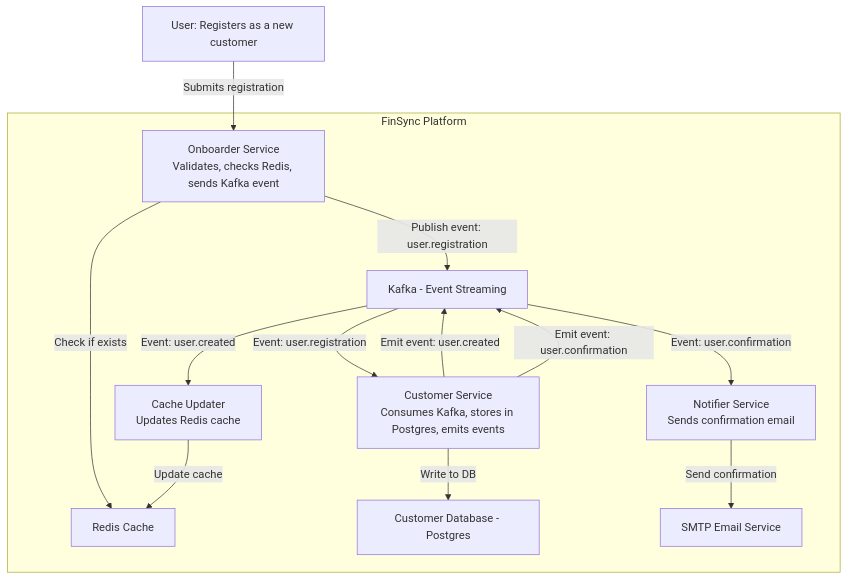
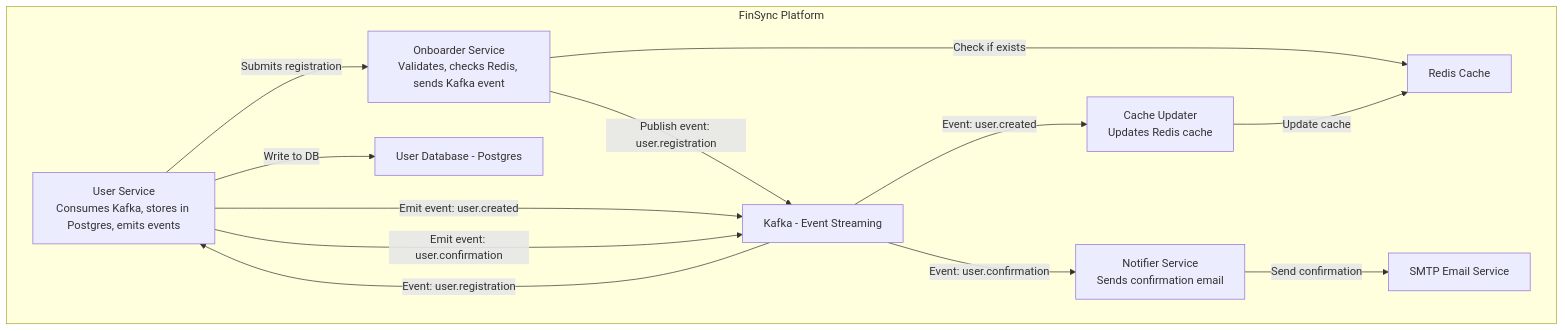
Before and after one commit to AnuchitO/softcraft-valley: the first of 3 diagrams in Jade-Palace.md, drawn with Mermaid. The commit also changed other lines of this file, not shown here.

````diff
--- a/Jade-Palace.md
+++ b/Jade-Palace.md
@@ -123,28 +134,28 @@
 ```mermaid
 flowchart TD
-  user[User: Registers as a new customer]
+  user[User: Registers as a new user]
 
   subgraph "FinSync Platform"
     onboarder[Onboarder Service\nValidates, checks Redis, sends Kafka event]
-    customer[Customer Service\nConsumes Kafka, stores in Postgres, emits events]
+    user[User Service\nConsumes Kafka, stores in Postgres, emits events]
     notifier[Notifier Service\nSends confirmation email]
     cacheupdater[Cache Updater\nUpdates Redis cache]
 
     redis[Redis Cache]
-    postgres[Customer Database - Postgres]
+    postgres[User Database - Postgres]
     kafka[Kafka - Event Streaming]
     email[SMTP Email Service]
   end
 
   user -->|Submits registration| onboarder
   onboarder -->|Check if exists| redis
   onboarder -->|Publish event: user.registration| kafka
-  kafka -->|Event: user.registration| customer
-  customer -->|Write to DB| postgres
-  customer -->|Emit event: user.created| kafka
-  customer -->|Emit event: user.confirmation| kafka
+  kafka -->|Event: user.registration| user
+  user -->|Write to DB| postgres
+  user -->|Emit event: user.created| kafka
+  user -->|Emit event: user.confirmation| kafka
   kafka -->|Event: user.confirmation| notifier
   notifier -->|Send confirmation| email
   kafka -->|Event: user.created| cacheupdater
   cacheupdater -->|Update cache| redis
 ```
````
